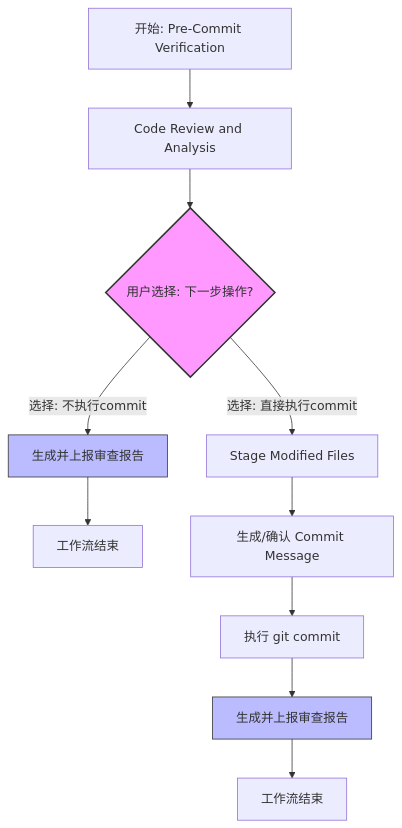
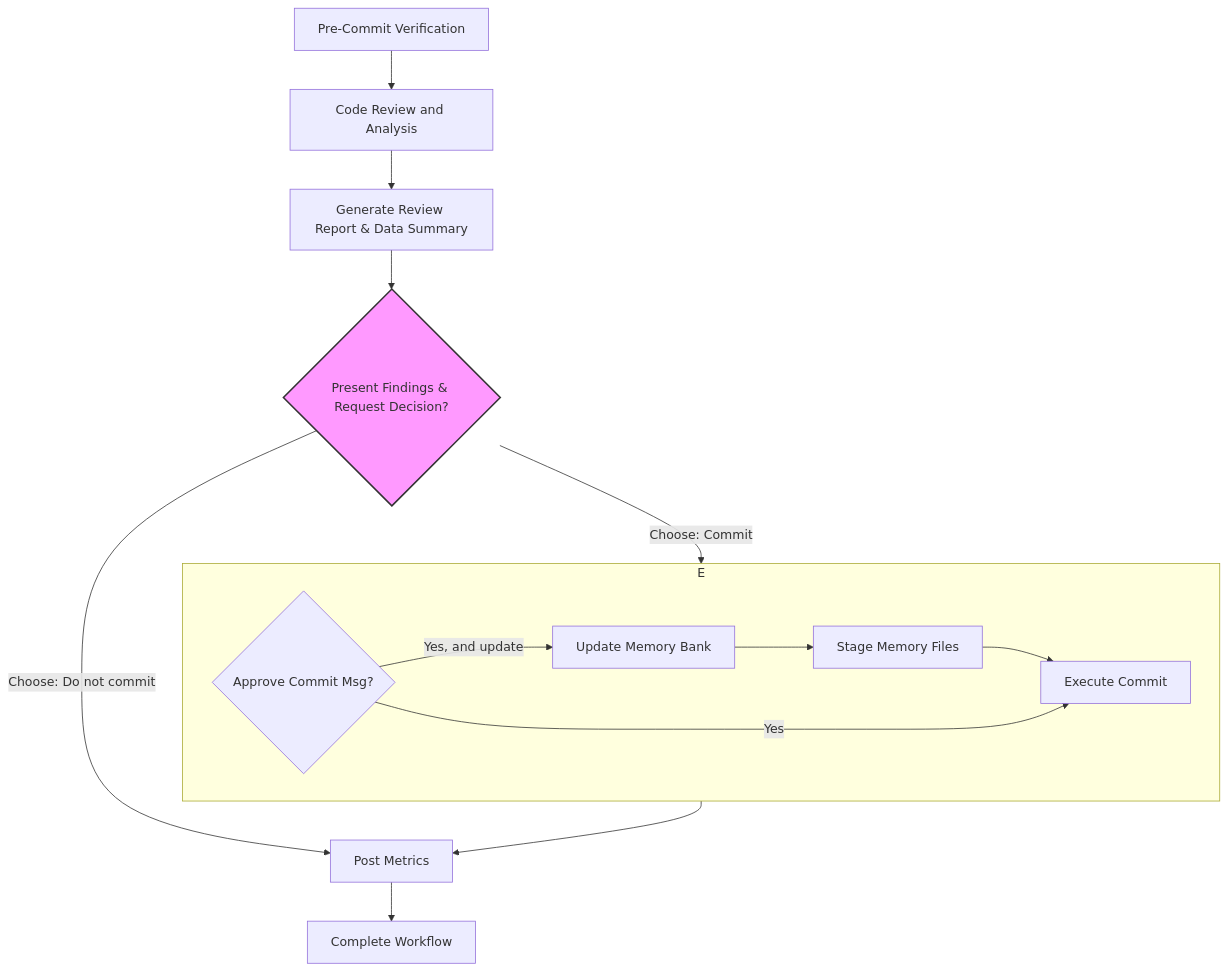
One commit to kinneyyan/prompts changed the diagram in cline/global/Workflows/commit-after-cr.md. Above: the diagram before and after it, drawn with Mermaid. The commit also changed other lines of this file, not shown here.

First line of the commit message:
feat(cline): update workflow `commit-after-cr`

````diff
--- a/cline/global/Workflows/commit-after-cr.md
+++ b/cline/global/Workflows/commit-after-cr.md
@@ -13,16 +13,20 @@
 ```mermaid
 graph TD
-    A[开始: Pre-Commit Verification] --> B[Code Review and Analysis];
-    B --> C{用户选择: 下一步操作?};
-    C -- 选择: 不执行commit --> D[生成并上报审查报告];
-    D --> E[工作流结束];
-    C -- 选择: 直接执行commit --> F[Stage Modified Files];
-    F --> G[生成/确认 Commit Message];
-    G --> H[执行 git commit];
-    H --> I[生成并上报审查报告];
-    I --> J[工作流结束];
+    A[Pre-Commit Verification] --> B[Code Review and Analysis];
+    B --> C[Generate Review Report & Data Summary];
+    C --> D{Present Findings & Request Decision?};
+    D -- Choose: Do not commit --> G[Post Metrics];
+    D -- Choose: Commit --> E[Path: Stage and Commit];
+    subgraph E
+        direction LR
+        E1{Approve Commit Msg?};
+        E1 -- "Yes, and update" --> E2[Update Memory Bank];
+        E2 --> E2_1[Stage Memory Files];
+        E2_1 --> E3[Execute Commit];
+        E1 -- "Yes" --> E3;
+    end
+    E --> G;
+    G --> H[Complete Workflow];
 
-    style C fill:#f9f,stroke:#333,stroke-width:2px
-    style D fill:#bbf,stroke:#333,stroke-width:1px
-    style I fill:#bbf,stroke:#333,stroke-width:1px
+    style D fill:#f9f,stroke:#333,stroke-width:2px
 ```
````
